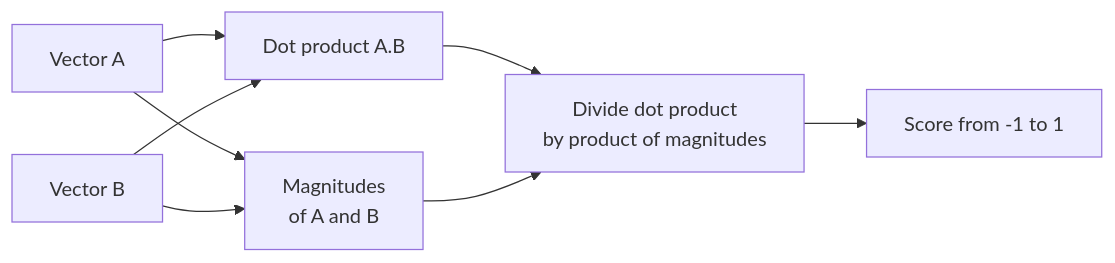
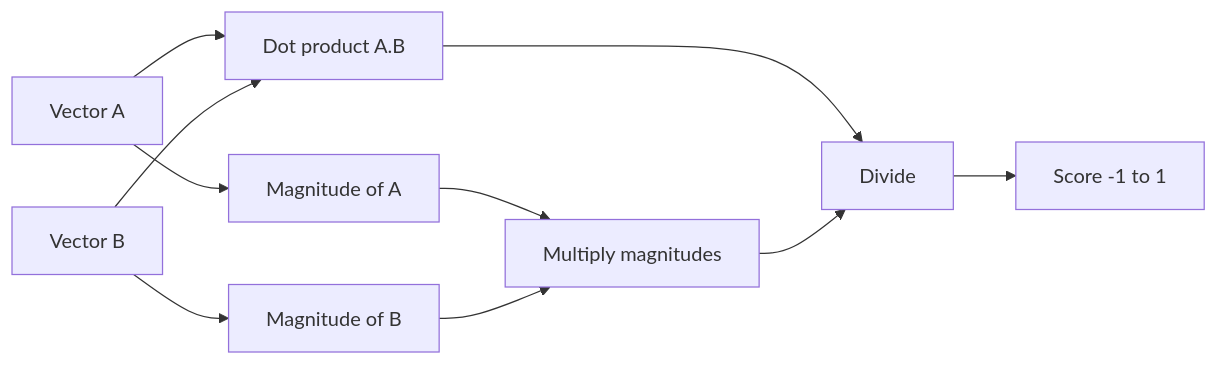
Before and after one commit to kaisarnajar/outcome-school-blogs: the first of 2 diagrams in notes/step-09-vector-search-and-retrieval-augmented-generation-rag/102-cosine-similarity.md, drawn with Mermaid. The commit also changed other lines of this file and 233 other files, not shown here.

````diff
--- a/notes/step-09-vector-search-and-retrieval-augmented-generation-rag/102-cosine-similarity.md
+++ b/notes/step-09-vector-search-and-retrieval-augmented-generation-rag/102-cosine-similarity.md
@@ -54,10 +68,12 @@
 ```mermaid
 flowchart LR
-    A["Vector A"] --> D["Dot product A.B"]
-    B["Vector B"] --> D
-    A --> M["Magnitudes<br/>of A and B"]
-    B --> M
-    D --> R["Divide dot product<br/>by product of magnitudes"]
-    M --> R
-    R --> S["Score from -1 to 1"]
+    V1["Vector A"] --> D1["Dot product A.B"]
+    V2["Vector B"] --> D1
+    V1 --> M1["Magnitude of A"]
+    V2 --> M2["Magnitude of B"]
+    M1 --> P1["Multiply magnitudes"]
+    M2 --> P1
+    D1 --> R1["Divide"]
+    P1 --> R1
+    R1 --> S1["Score -1 to 1"]
 ```
````
